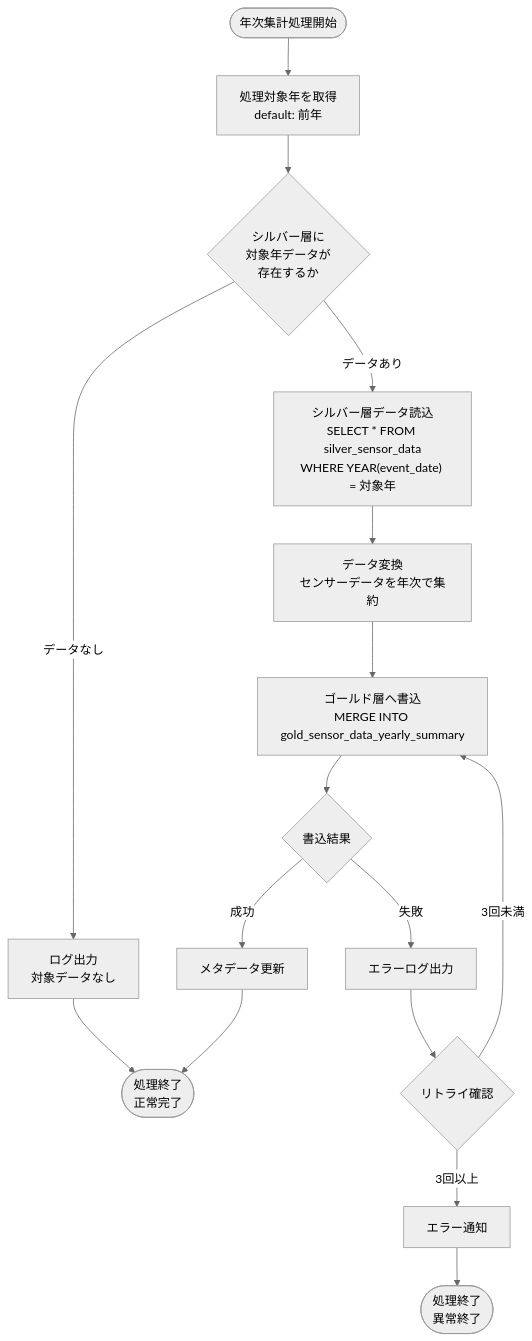
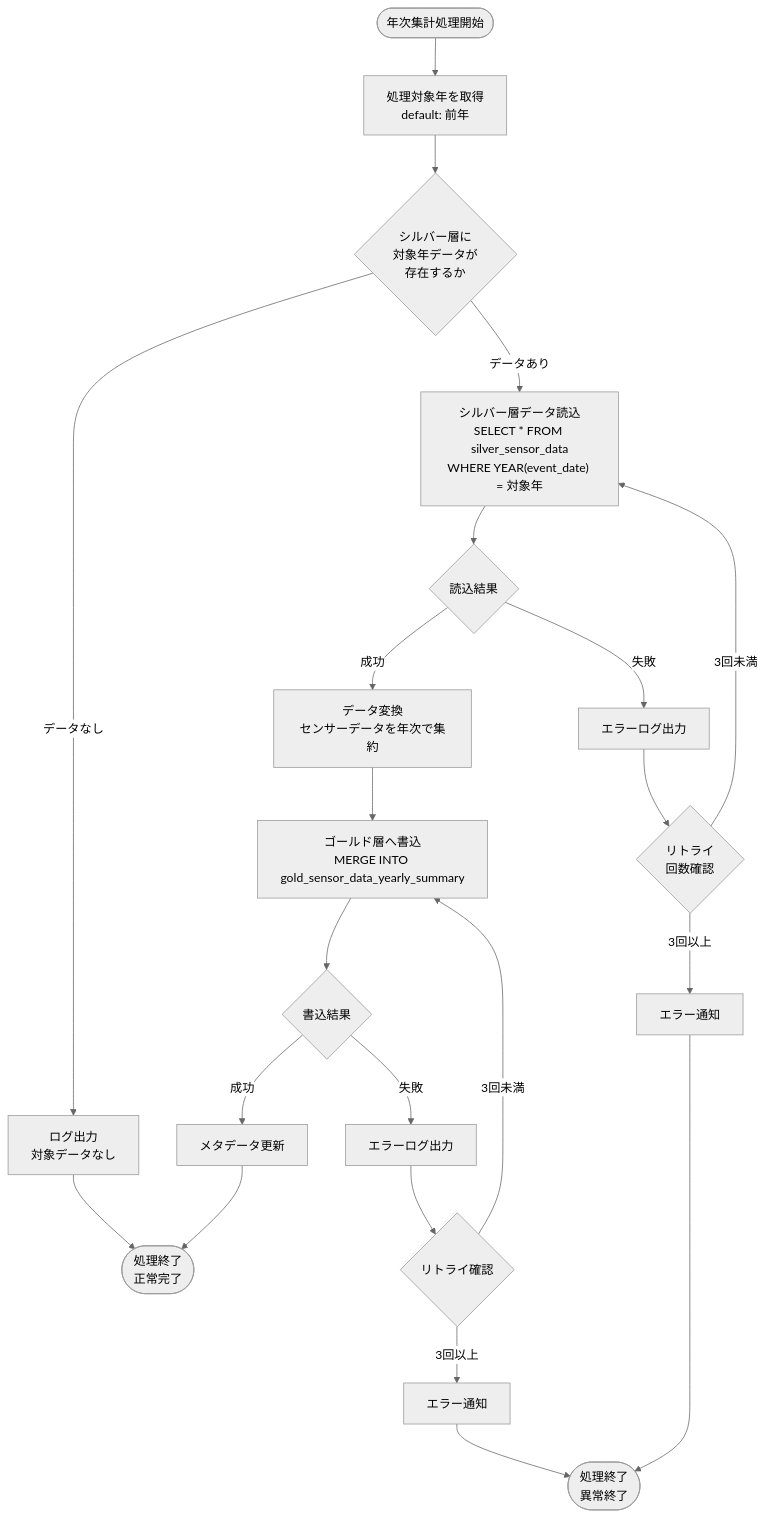
Before and after one commit to NSW-SVCP-AIWG002/Databricks-IoT: the third of 5 diagrams in docs/03-features/ldp-pipeline/gold_layer/ldp-pipeline-specification.md, drawn with Mermaid (neutral theme). The commit also changed other lines of this file and 1 other file, not shown here.

````diff
--- a/docs/03-features/ldp-pipeline/gold_layer/ldp-pipeline-specification.md
+++ b/docs/03-features/ldp-pipeline/gold_layer/ldp-pipeline-specification.md
@@ -280,22 +286,28 @@
 ```mermaid
 flowchart TD
     Start([年次集計処理開始]) --> GetYear[処理対象年を取得<br>default: 前年]
     GetYear --> CheckSource{シルバー層に<br>対象年データが<br>存在するか}
 
     CheckSource -->|データなし| LogNoData[ログ出力<br>対象データなし]
     LogNoData --> EndSuccess([処理終了<br>正常完了])
 
     CheckSource -->|データあり| ReadSilver["シルバー層データ読込<br>SELECT * FROM silver_sensor_data<br>WHERE YEAR(event_date) = 対象年"]
-    ReadSilver --> Transform[データ変換<br>センサーデータを年次で集約]
+    ReadSilver --> CheckRead{読込結果}
+    CheckRead -->|成功| Transform[データ変換<br>センサーデータを年次で集約]
+    CheckRead -->|失敗| ErrorRead[エラーログ出力]
+    ErrorRead --> RetryRead{リトライ<br>回数確認}
+    RetryRead -->|3回未満| ReadSilver
+    RetryRead -->|3回以上| AlertRead[エラー通知]
+    AlertRead --> EndError
     Transform --> WriteGold[ゴールド層へ書込<br>MERGE INTO gold_sensor_data_yearly_summary]
     WriteGold --> CheckWrite{書込結果}
 
     CheckWrite -->|成功| UpdateMeta[メタデータ更新]
     UpdateMeta --> EndSuccess
 
     CheckWrite -->|失敗| ErrorWrite[エラーログ出力]
     ErrorWrite --> Retry{リトライ確認}
     Retry -->|3回未満| WriteGold
     Retry -->|3回以上| Alert[エラー通知]
     Alert --> EndError([処理終了<br>異常終了])
 ```
````
